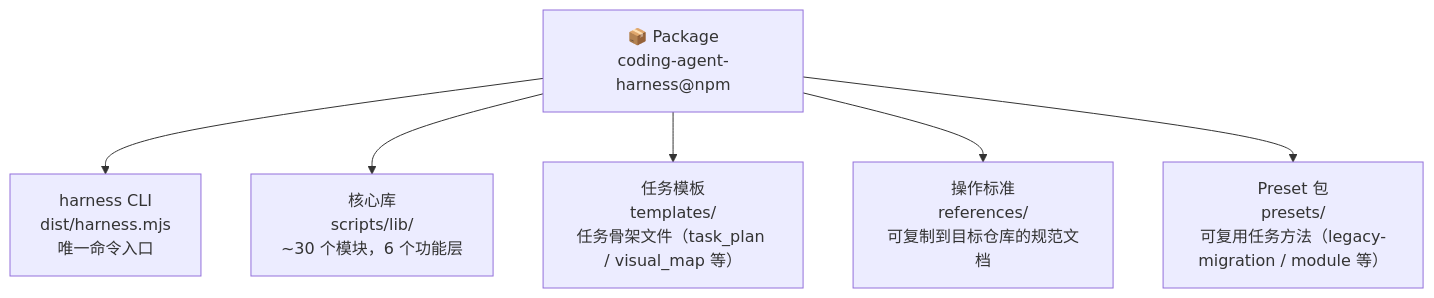
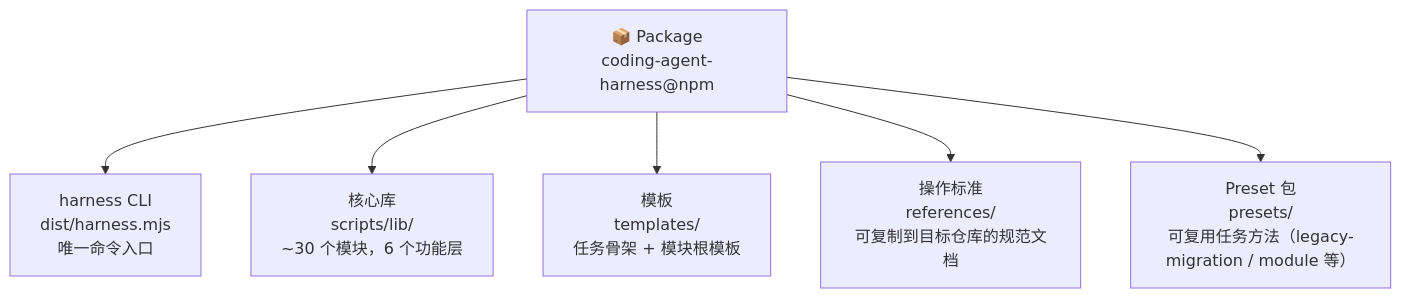
The second of 4 diagrams in docs-release/architecture/system-explainer/01-system-overview.md (FairladyZ625/coding-agent-harness), drawn with Mermaid before and after one commit. The commit also changed other lines of this file and 48 other files, not shown here.

````diff
--- a/docs-release/architecture/system-explainer/01-system-overview.md
+++ b/docs-release/architecture/system-explainer/01-system-overview.md
@@ -84,10 +84,10 @@
 ```mermaid
 flowchart TD
   PKG["📦 Package\ncoding-agent-harness@npm"]
 
   PKG --> CLI["harness CLI\ndist/harness.mjs\n唯一命令入口"]
   PKG --> Lib["核心库\nscripts/lib/\n~30 个模块，6 个功能层"]
-  PKG --> Templates["任务模板\ntemplates/\n任务骨架文件（task_plan / visual_map 等）"]
+  PKG --> Templates["模板\ntemplates/\n任务骨架 + 模块根模板"]
   PKG --> References["操作标准\nreferences/\n可复制到目标仓库的规范文档"]
   PKG --> Presets["Preset 包\npresets/\n可复用任务方法（legacy-migration / module 等）"]
 ```
````
